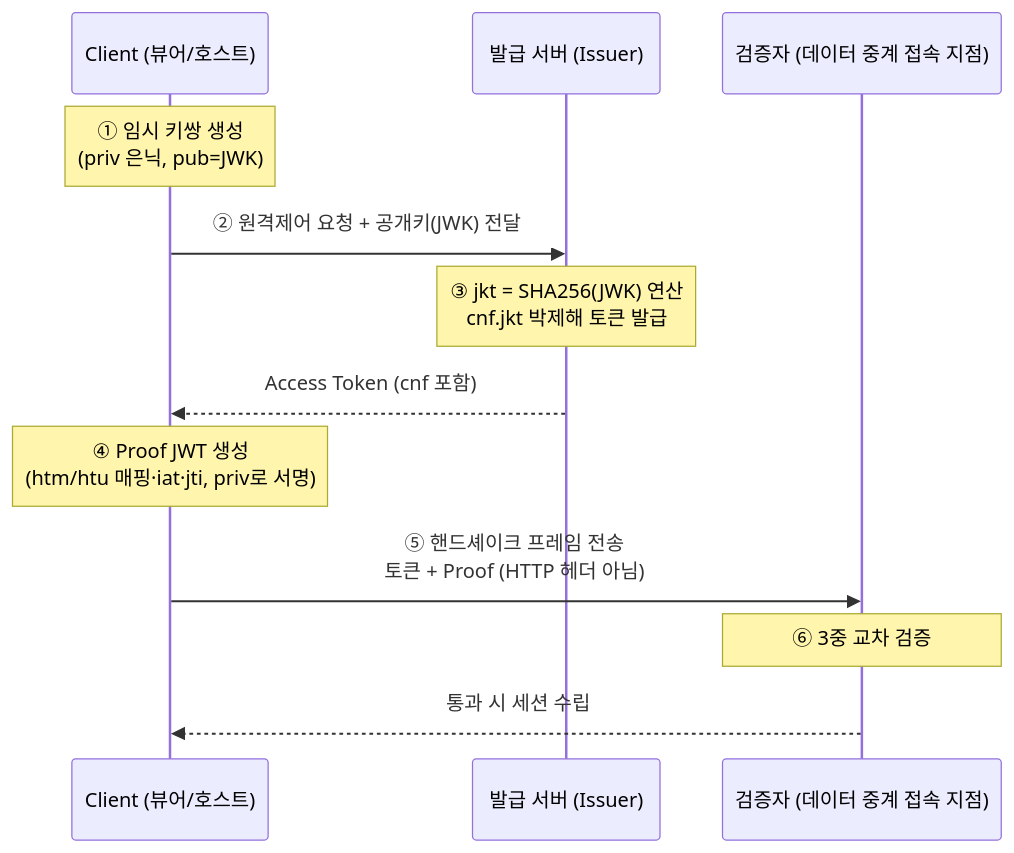
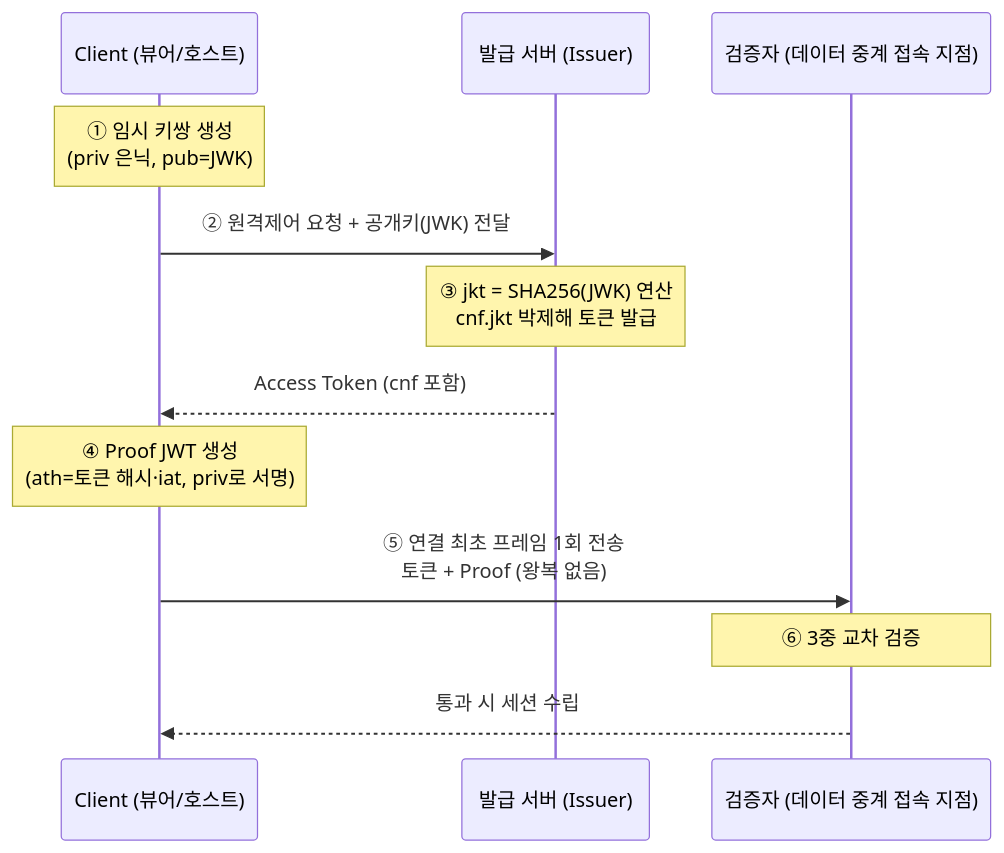
One commit to gmoon92/toy changed the fifth of 5 diagrams in spring-security/docs/auth-architecture/dpop-on-tcp-relay-architecture.md. Above: the diagram before and after it, drawn with Mermaid. The commit also changed other lines of this file, not shown here.

````diff
--- a/spring-security/docs/auth-architecture/dpop-on-tcp-relay-architecture.md
+++ b/spring-security/docs/auth-architecture/dpop-on-tcp-relay-architecture.md
@@ -476,14 +496,14 @@
 ```mermaid
 sequenceDiagram
     participant C as Client (뷰어/호스트)
     participant W as 발급 서버 (Issuer)
     participant R as 검증자 (데이터 중계 접속 지점)
     Note over C: ① 임시 키쌍 생성<br/>(priv 은닉, pub=JWK)
     C ->> W: ② 원격제어 요청 + 공개키(JWK) 전달
     Note over W: ③ jkt = SHA256(JWK) 연산<br/>cnf.jkt 박제해 토큰 발급
     W -->> C: Access Token (cnf 포함)
-    Note over C: ④ Proof JWT 생성<br/>(htm/htu 매핑·iat·jti, priv로 서명)
-    C ->> R: ⑤ 핸드셰이크 프레임 전송<br/>토큰 + Proof (HTTP 헤더 아님)
+    Note over C: ④ Proof JWT 생성<br/>(ath=토큰 해시·iat, priv로 서명)
+    C ->> R: ⑤ 연결 최초 프레임 1회 전송<br/>토큰 + Proof (왕복 없음)
     Note over R: ⑥ 3중 교차 검증
     R -->> C: 통과 시 세션 수립
 ```
````
